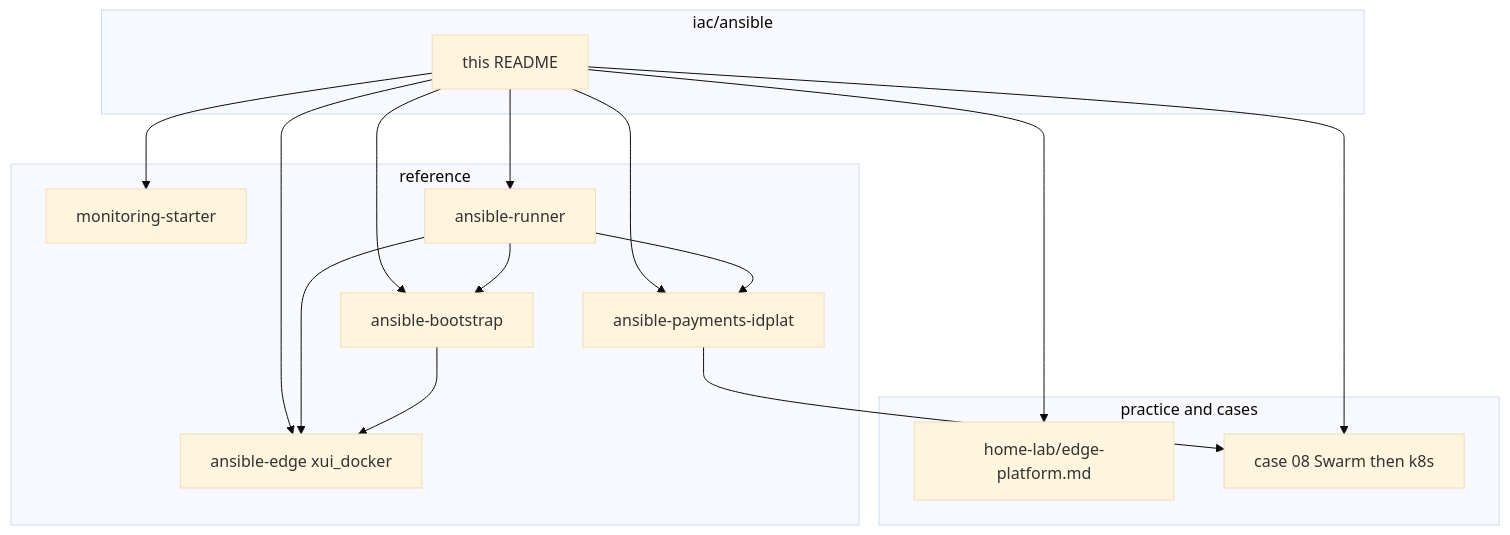
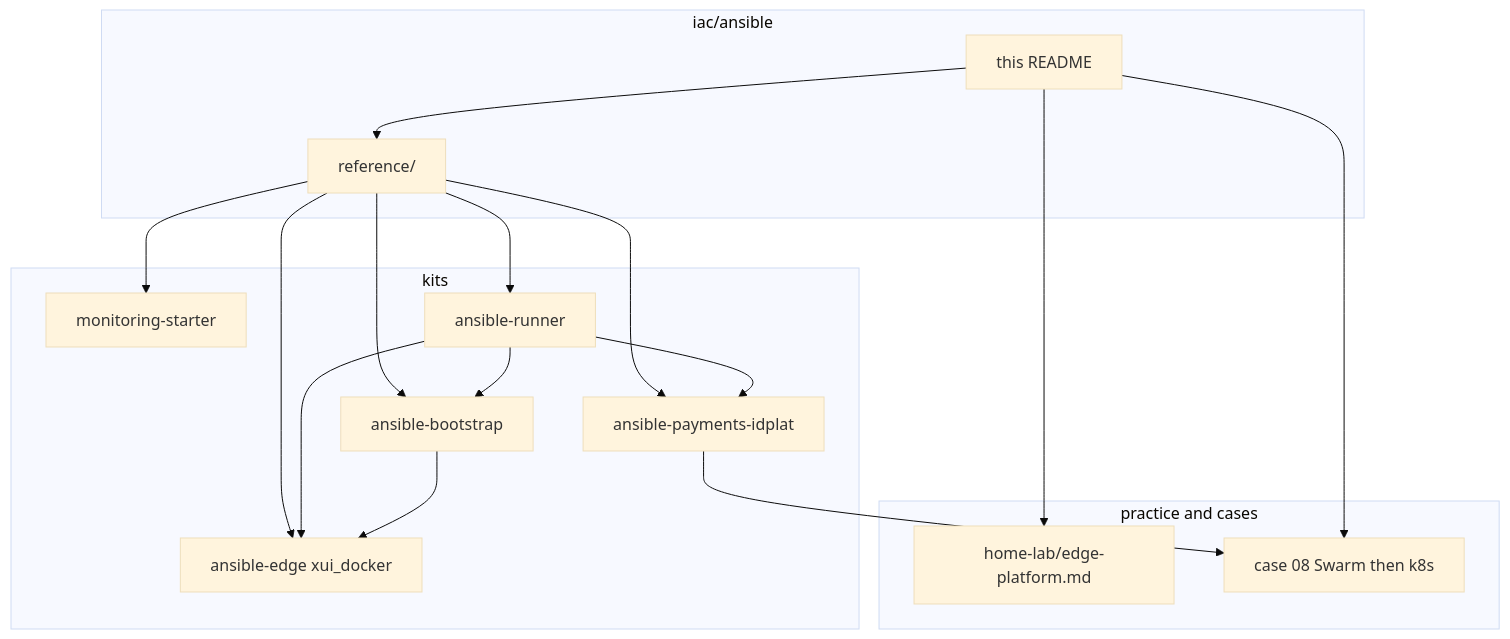
The diagram in iac/ansible/README.md (NarberallGamma/narberall-platform-engineer-lab), drawn with Mermaid (base theme) before and after one commit. The commit also changed other lines of this file and 399 other files, not shown here.

````diff
--- a/iac/ansible/README.md
+++ b/iac/ansible/README.md
@@ -33,29 +31,31 @@
 ```mermaid
 flowchart TB
   subgraph iacAns [iac/ansible]
     Hub[this README]
+    Ref[reference/]
   end
-  subgraph ref [reference]
+  subgraph kits [kits]
     Prep[ansible-bootstrap]
     Edge[ansible-edge xui_docker]
     Idplat[ansible-payments-idplat]
     Met[monitoring-starter]
     Run[ansible-runner]
   end
   subgraph story [practice and cases]
     Page[home-lab/edge-platform.md]
     CS[case 08 Swarm then k8s]
   end
-  Hub --> Prep
-  Hub --> Edge
-  Hub --> Idplat
-  Hub --> Met
-  Hub --> Run
+  Hub --> Ref
+  Ref --> Prep
+  Ref --> Edge
+  Ref --> Idplat
+  Ref --> Met
+  Ref --> Run
   Hub --> Page
   Hub --> CS
   Run --> Prep
   Run --> Edge
   Run --> Idplat
   Prep --> Edge
   Idplat --> CS
 ```
````
